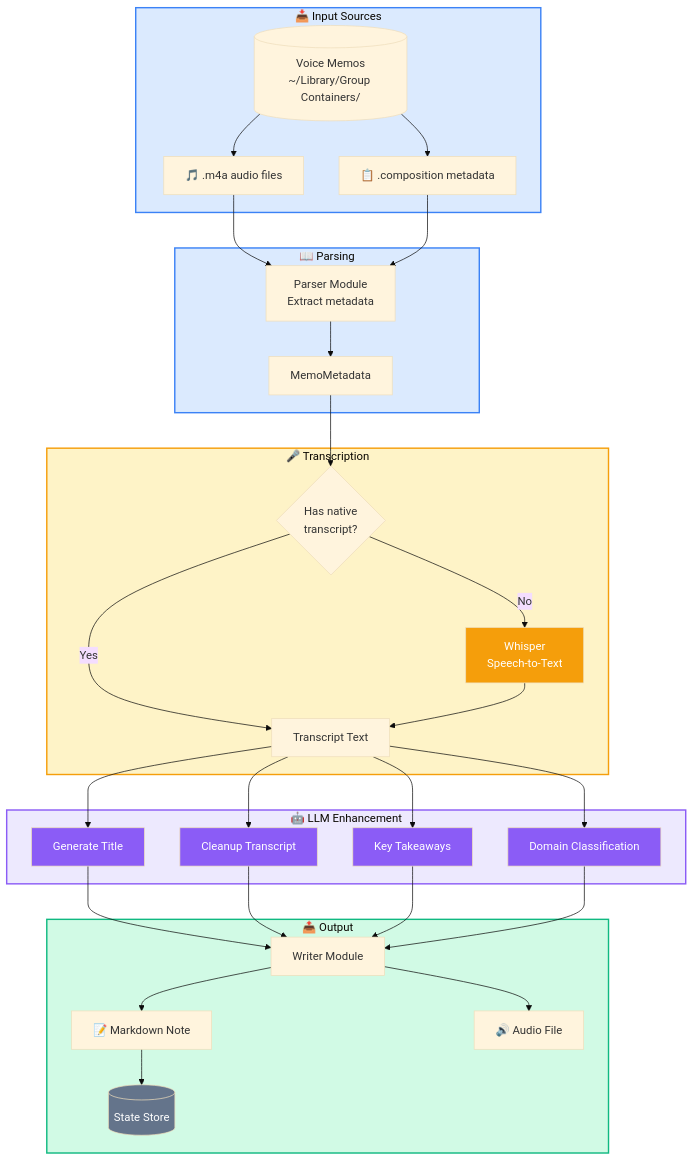
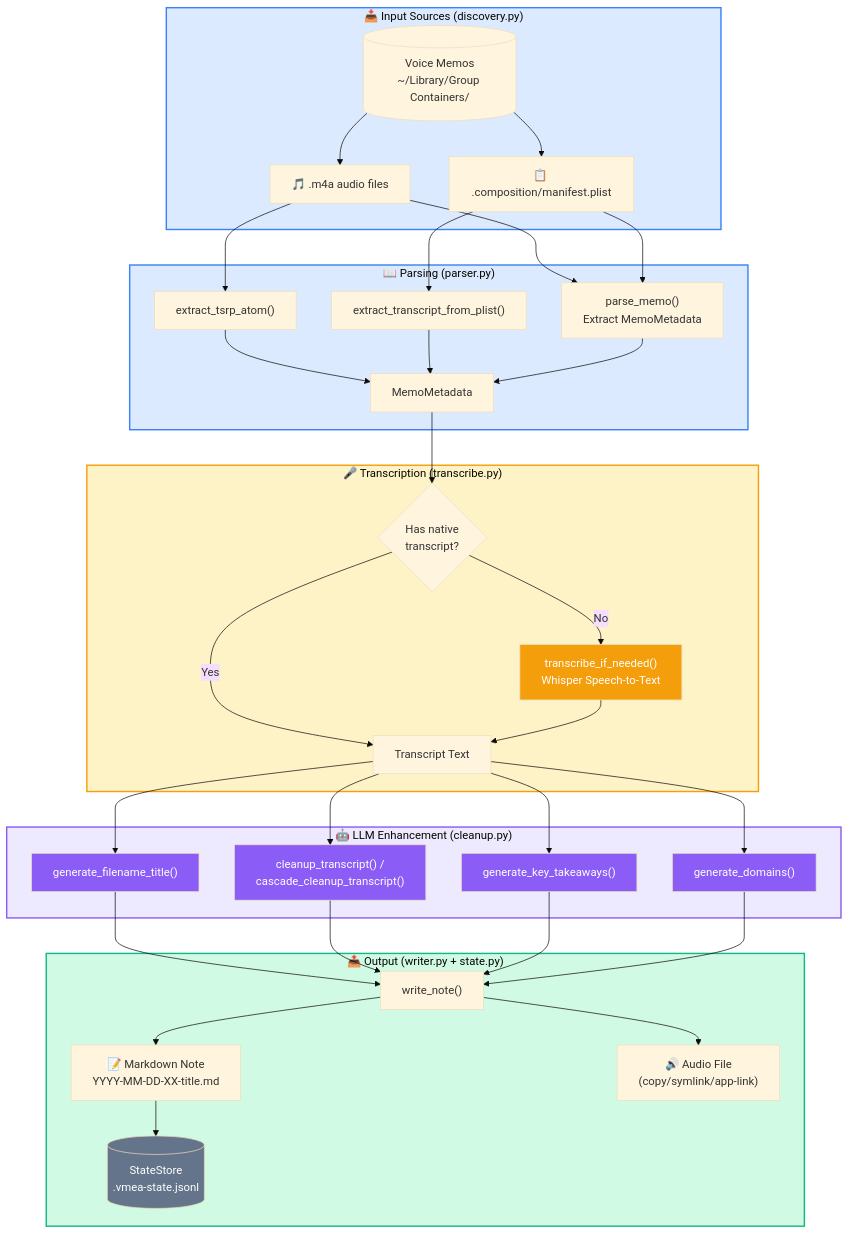
Before and after one commit to klappe-pm/Apple-Voice-Memo-Export-to-Markdown: the diagram in docs/diagrams/data-flow-pipeline-diagram.md, drawn with Mermaid. The commit also changed other lines of this file and 12 other files, not shown here.

First line of the commit message:
Restructure docs: simplify README, add dedicated guide files, update diagrams

````diff
--- a/docs/diagrams/data-flow-pipeline-diagram.md
+++ b/docs/diagrams/data-flow-pipeline-diagram.md
@@ -5,66 +5,72 @@
 ```mermaid
 %%{init: {'theme': 'base'}}%%
 flowchart TB
-    subgraph Input["📥 Input Sources"]
+    subgraph Input["📥 Input Sources (discovery.py)"]
         VM[("Voice Memos<br/>~/Library/Group Containers/")]
         M4A["🎵 .m4a audio files"]
-        COMP["📋 .composition metadata"]
+        COMP["📋 .composition/manifest.plist"]
         VM --> M4A
         VM --> COMP
     end
 
-    subgraph Parse["📖 Parsing"]
-        PARSER["Parser Module<br/>Extract metadata"]
+    subgraph Parse["📖 Parsing (parser.py)"]
+        PARSER["parse_memo()<br/>Extract MemoMetadata"]
+        TSRP["extract_tsrp_atom()"]
+        PLIST["extract_transcript_from_plist()"]
         META["MemoMetadata"]
         M4A --> PARSER
         COMP --> PARSER
+        M4A --> TSRP
+        COMP --> PLIST
+        TSRP --> META
+        PLIST --> META
         PARSER --> META
     end
 
-    subgraph Transcribe["🎤 Transcription"]
+    subgraph Transcribe["🎤 Transcription (transcribe.py)"]
         NATIVE{"Has native<br/>transcript?"}
-        WHISPER["Whisper<br/>Speech-to-Text"]
+        WHISPER["transcribe_if_needed()<br/>Whisper Speech-to-Text"]
         TRANS["Transcript Text"]
         META --> NATIVE
         NATIVE -->|No| WHISPER
         NATIVE -->|Yes| TRANS
         WHISPER --> TRANS
     end
 
-    subgraph LLM["🤖 LLM Enhancement"]
-        TITLE["Generate Title"]
-        CLEANUP["Cleanup Transcript"]
-        TAKEAWAY["Key Takeaways"]
-        DOMAIN["Domain Classification"]
+    subgraph LLM["🤖 LLM Enhancement (cleanup.py)"]
+        TITLE["generate_filename_title()"]
+        CLEANUP["cleanup_transcript() /<br/>cascade_cleanup_transcript()"]
+        TAKEAWAY["generate_key_takeaways()"]
+        DOMAIN["generate_domains()"]
         TRANS --> TITLE
         TRANS --> CLEANUP
         TRANS --> TAKEAWAY
         TRANS --> DOMAIN
     end
 
-    subgraph Output["📤 Output"]
-        WRITE["Writer Module"]
-        MD["📝 Markdown Note"]
-        AUDIO["🔊 Audio File"]
-        STATE[("State Store")]
+    subgraph Output["📤 Output (writer.py + state.py)"]
+        WRITE["write_note()"]
+        MD["📝 Markdown Note<br/>YYYY-MM-DD-XX-title.md"]
+        AUDIO["🔊 Audio File<br/>(copy/symlink/app-link)"]
+        STATE[("StateStore<br/>.vmea-state.jsonl")]
         TITLE --> WRITE
         CLEANUP --> WRITE
         TAKEAWAY --> WRITE
         DOMAIN --> WRITE
         WRITE --> MD
         WRITE --> AUDIO
         MD --> STATE
     end
 
     style Input fill:#dbeafe,stroke:#3b82f6,stroke-width:2px
     style Parse fill:#dbeafe,stroke:#3b82f6,stroke-width:2px
     style Transcribe fill:#fef3c7,stroke:#f59e0b,stroke-width:2px
     style LLM fill:#ede9fe,stroke:#8b5cf6,stroke-width:2px
     style Output fill:#d1fae5,stroke:#10b981,stroke-width:2px
     style WHISPER fill:#f59e0b,color:#fff
     style TITLE fill:#8b5cf6,color:#fff
     style CLEANUP fill:#8b5cf6,color:#fff
     style TAKEAWAY fill:#8b5cf6,color:#fff
     style DOMAIN fill:#8b5cf6,color:#fff
     style STATE fill:#64748b,color:#fff
 ```
````
